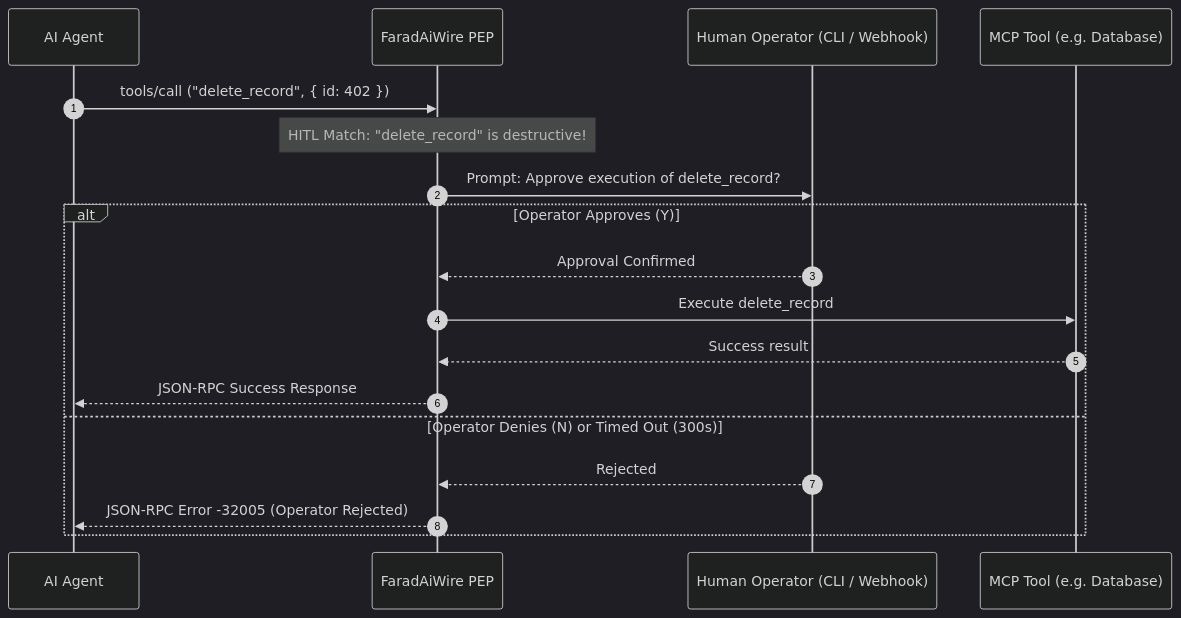
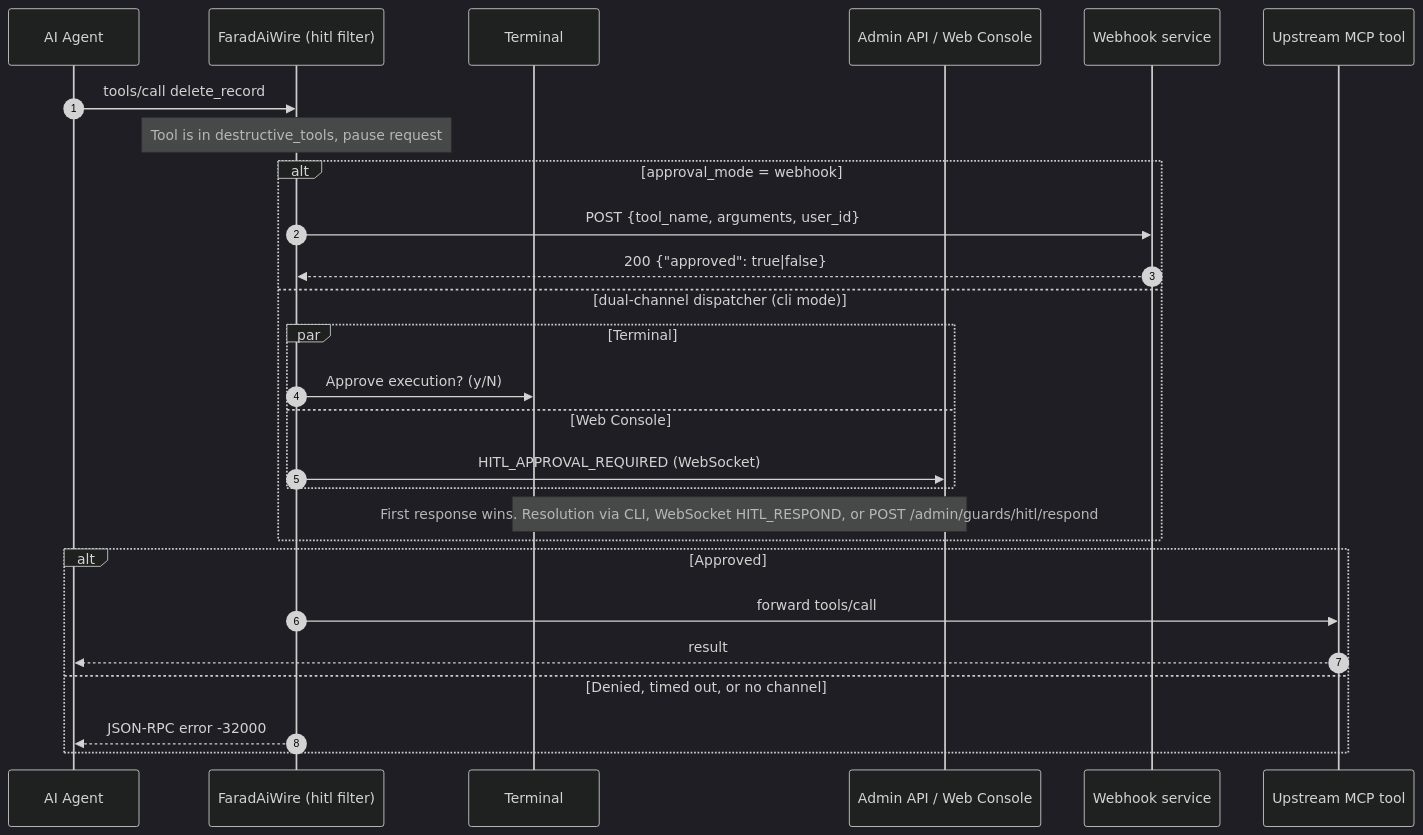
Before and after one commit to FaradAiLab/FaradAiWire: the diagram in docs/03-security-filters/hitl.md, drawn with Mermaid (dark theme). The commit also changed other lines of this file and 18 other files, not shown here.

Commit message:
feat: add admin-host CLI flag and update security filter documentation

````diff
--- a/docs/03-security-filters/hitl.md
+++ b/docs/03-security-filters/hitl.md
@@ -12,22 +25,30 @@
 ```mermaid
 sequenceDiagram
     autonumber
     participant Agent as AI Agent
-    participant PEP as FaradAiWire PEP
-    participant Operator as Human Operator (CLI / Webhook)
-    participant Tool as MCP Tool (e.g. Database)
+    participant PEP as FaradAiWire (hitl filter)
+    participant CLI as Terminal
+    participant Admin as Admin API / Web Console
+    participant Hook as Webhook service
+    participant Tool as Upstream MCP tool
 
-    Agent->>PEP: tools/call ("delete_record", { id: 402 })
-    Note over PEP: HITL Match: "delete_record" is destructive!
-    PEP->>Operator: Prompt: Approve execution of delete_record?
-    
-    alt Operator Approves (Y)
-        Operator-->>PEP: Approval Confirmed
-        PEP->>Tool: Execute delete_record
-        Tool-->>PEP: Success result
-        PEP-->>Agent: JSON-RPC Success Response
-    else Operator Denies (N) or Timed Out (300s)
-        Operator-->>PEP: Rejected
-        PEP-->>Agent: JSON-RPC Error -32005 (Operator Rejected)
+    Agent->>PEP: tools/call delete_record
+    Note over PEP: Tool is in destructive_tools, pause request
+    alt approval_mode = webhook
+        PEP->>Hook: POST {tool_name, arguments, user_id}
+        Hook-->>PEP: 200 {"approved": true|false}
+    else dual-channel dispatcher (cli mode)
+        par Terminal
+            PEP->>CLI: Approve execution? (y/N)
+        and Web Console
+            PEP->>Admin: HITL_APPROVAL_REQUIRED (WebSocket)
+        end
+        Note over CLI,Admin: First response wins. Resolution via CLI, WebSocket HITL_RESPOND, or POST /admin/guards/hitl/respond
+    end
+    alt Approved
+        PEP->>Tool: forward tools/call
+        Tool-->>Agent: result
+    else Denied, timed out, or no channel
+        PEP-->>Agent: JSON-RPC error -32000
     end
 ```
````
